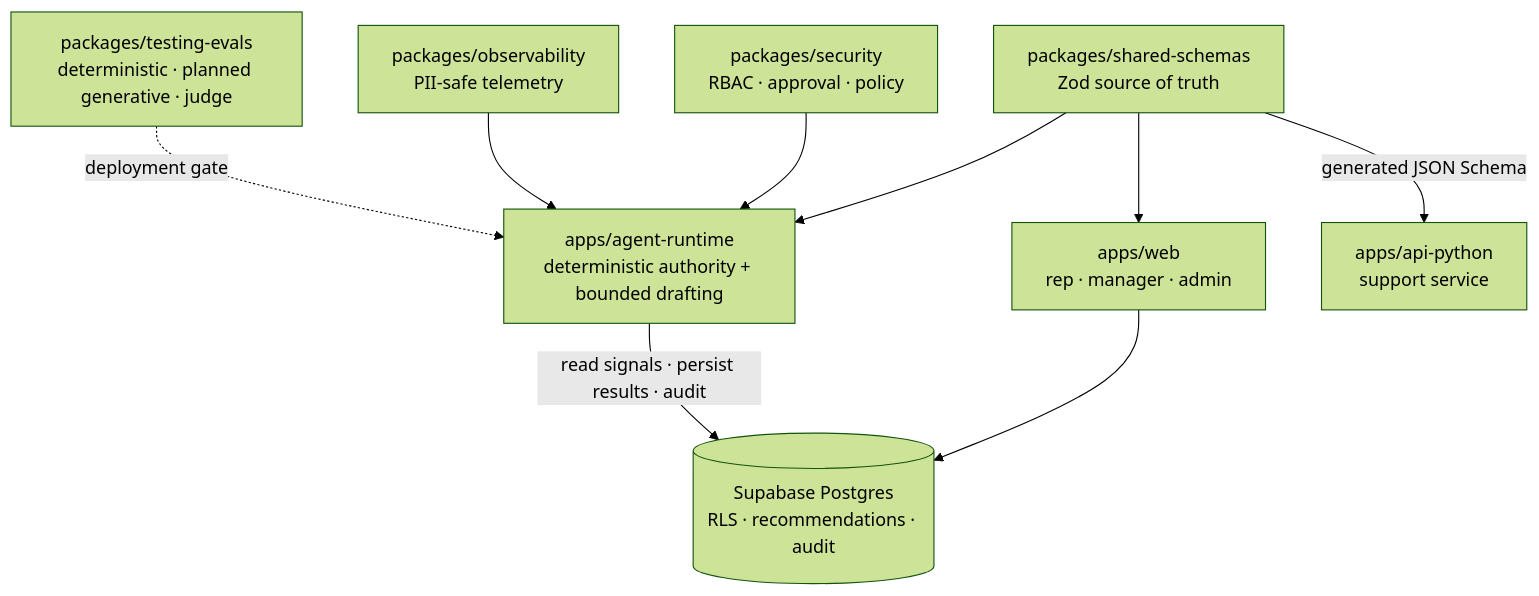
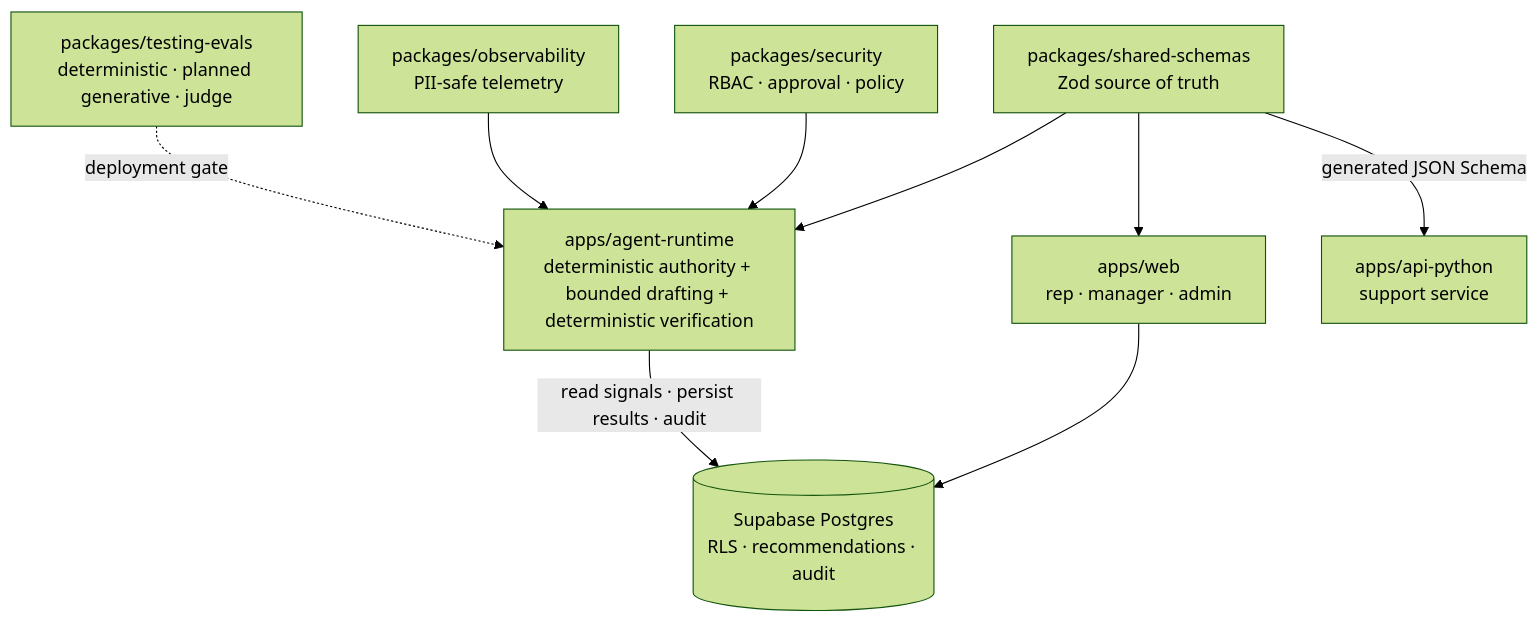
One commit to Lvvphole/ai-account-prioritization changed the third of 3 diagrams in README.md. Above: the diagram before and after it, drawn with Mermaid (forest theme). The commit also changed other lines of this file, not shown here.

````diff
--- a/README.md
+++ b/README.md
@@ -199,20 +202,20 @@
 ```mermaid
 flowchart TB
     W["apps/web<br/>rep · manager · admin"]
-    R["apps/agent-runtime<br/>deterministic authority + bounded drafting"]
+    R["apps/agent-runtime<br/>deterministic authority + bounded drafting + deterministic verification"]
     S["packages/shared-schemas<br/>Zod source of truth"]
     SEC["packages/security<br/>RBAC · approval · policy"]
     OBS["packages/observability<br/>PII-safe telemetry"]
     P["apps/api-python<br/>support service"]
     J["packages/testing-evals<br/>deterministic · planned generative · judge"]
     DB[("Supabase Postgres<br/>RLS · recommendations · audit")]
 
     W --> DB
     R -->|read signals · persist results · audit| DB
     S --> R
     S --> W
     S -->|generated JSON Schema| P
     SEC --> R
     OBS --> R
     J -. deployment gate .-> R
 ```
````
